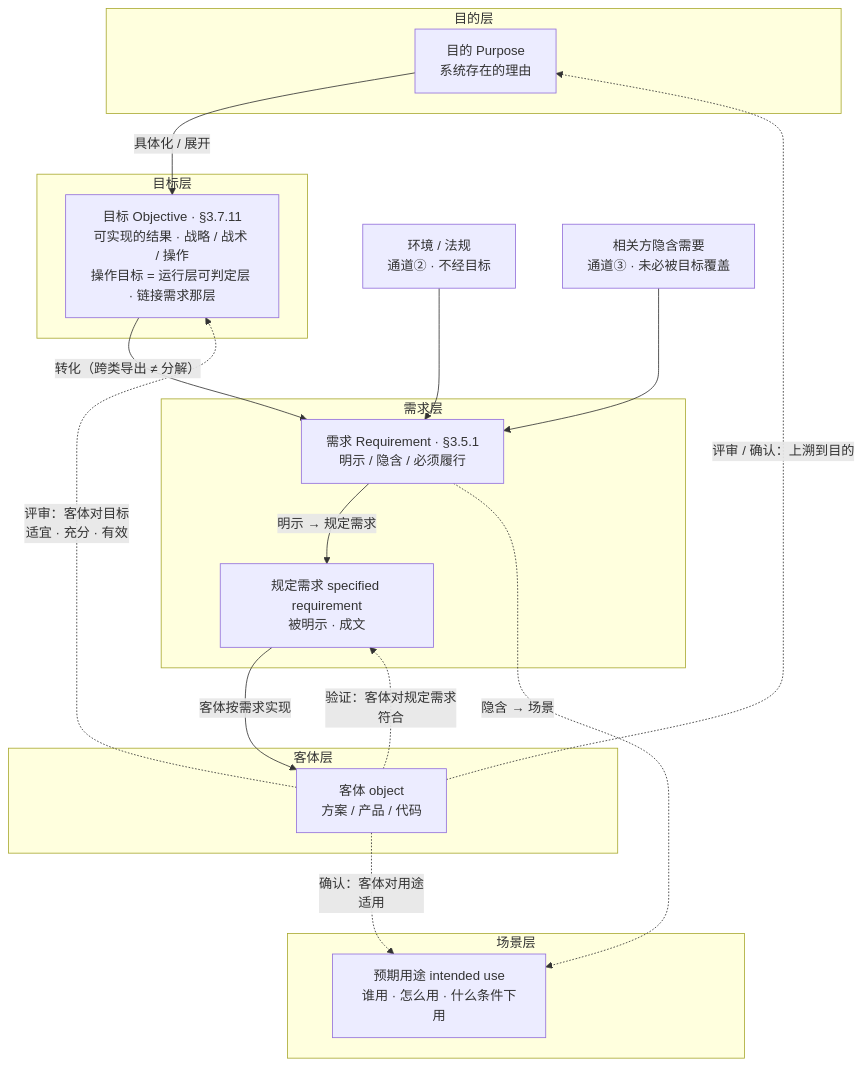
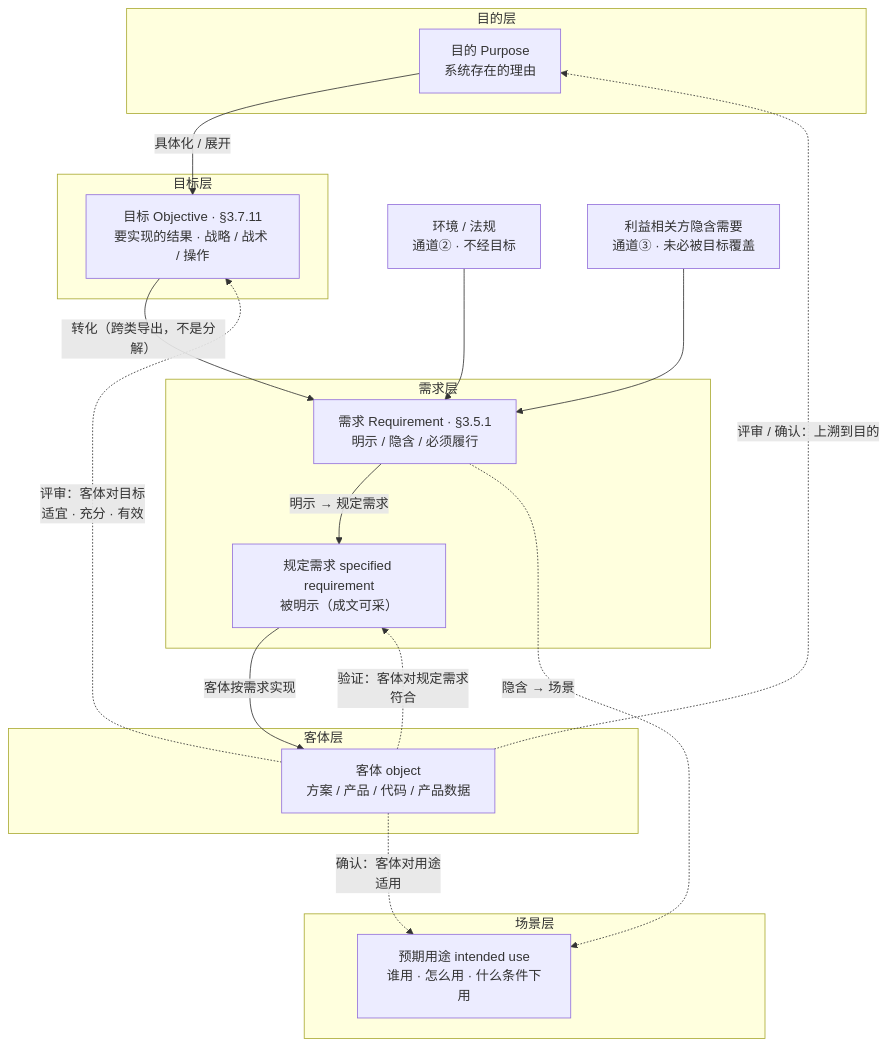
Before and after one commit to Yongjunzhou/AOS-system-design: the diagram in 100-subprojects/01-系统工程研究/03-架构师是个怎样的物种/成书/build/.mmd/ch08-fig01.mmd, drawn with Mermaid. The commit also changed 177 other files, not shown here.

```diff
--- a/100-subprojects/01-系统工程研究/03-架构师是个怎样的物种/成书/build/.mmd/ch08-fig01.mmd
+++ b/100-subprojects/01-系统工程研究/03-架构师是个怎样的物种/成书/build/.mmd/ch08-fig01.mmd
@@ -1,30 +1,30 @@
 flowchart TB
     subgraph 目的层["目的层"]
         P["目的 Purpose<br/>系统存在的理由"]
     end
     E["环境 / 法规<br/>通道② · 不经目标"]
-    S["相关方隐含需要<br/>通道③ · 未必被目标覆盖"]
+    S["利益相关方隐含需要<br/>通道③ · 未必被目标覆盖"]
     subgraph 目标层["目标层"]
-        T["目标 Objective · §3.7.11<br/>可实现的结果 · 战略 / 战术 / 操作<br/>操作目标 = 运行层可判定层 · 链接需求那层"]
+        T["目标 Objective · §3.7.11<br/>要实现的结果 · 战略 / 战术 / 操作"]
     end
     subgraph 需求层["需求层"]
         R["需求 Requirement · §3.5.1<br/>明示 / 隐含 / 必须履行"]
-        SR["规定需求 specified requirement<br/>被明示 · 成文"]
+        SR["规定需求 specified requirement<br/>被明示（成文可采）"]
     end
     subgraph 客体层["客体层"]
-        O["客体 object<br/>方案 / 产品 / 代码"]
+        O["客体 object<br/>方案 / 产品 / 代码 / 产品数据"]
     end
     subgraph 场景层["场景层"]
         U["预期用途 intended use<br/>谁用 · 怎么用 · 什么条件下用"]
     end
     P -->|"具体化 / 展开"| T
-    T -->|"转化（跨类导出 ≠ 分解）"| R
+    T -->|"转化（跨类导出，不是分解）"| R
     E --> R
     S --> R
     R -->|"明示 → 规定需求"| SR
     R -.->|"隐含 → 场景"| U
     SR -->|"客体按需求实现"| O
     O -.->|"评审：客体对目标<br/>适宜 · 充分 · 有效"| T
     O -.->|"验证：客体对规定需求<br/>符合"| SR
     O -.->|"确认：客体对用途<br/>适用"| U
     O -.->|"评审 / 确认：上溯到目的"| P
```
